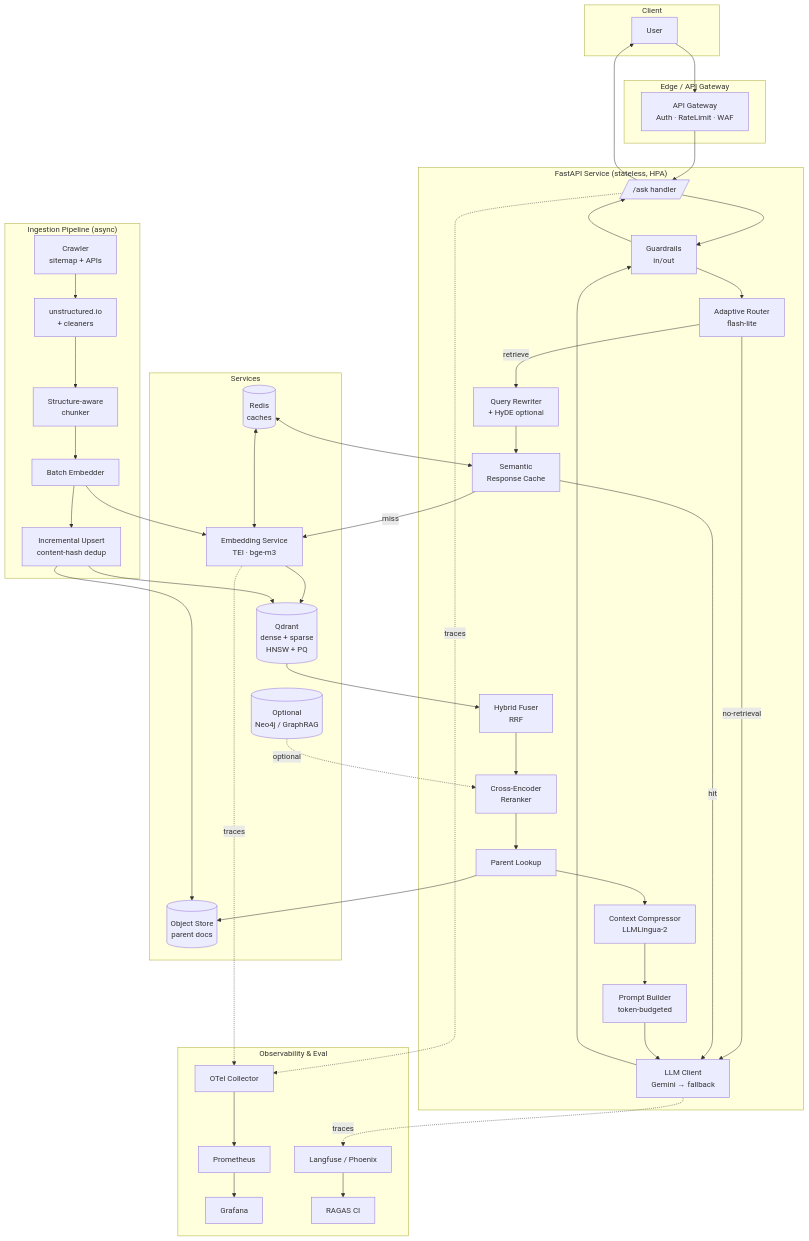
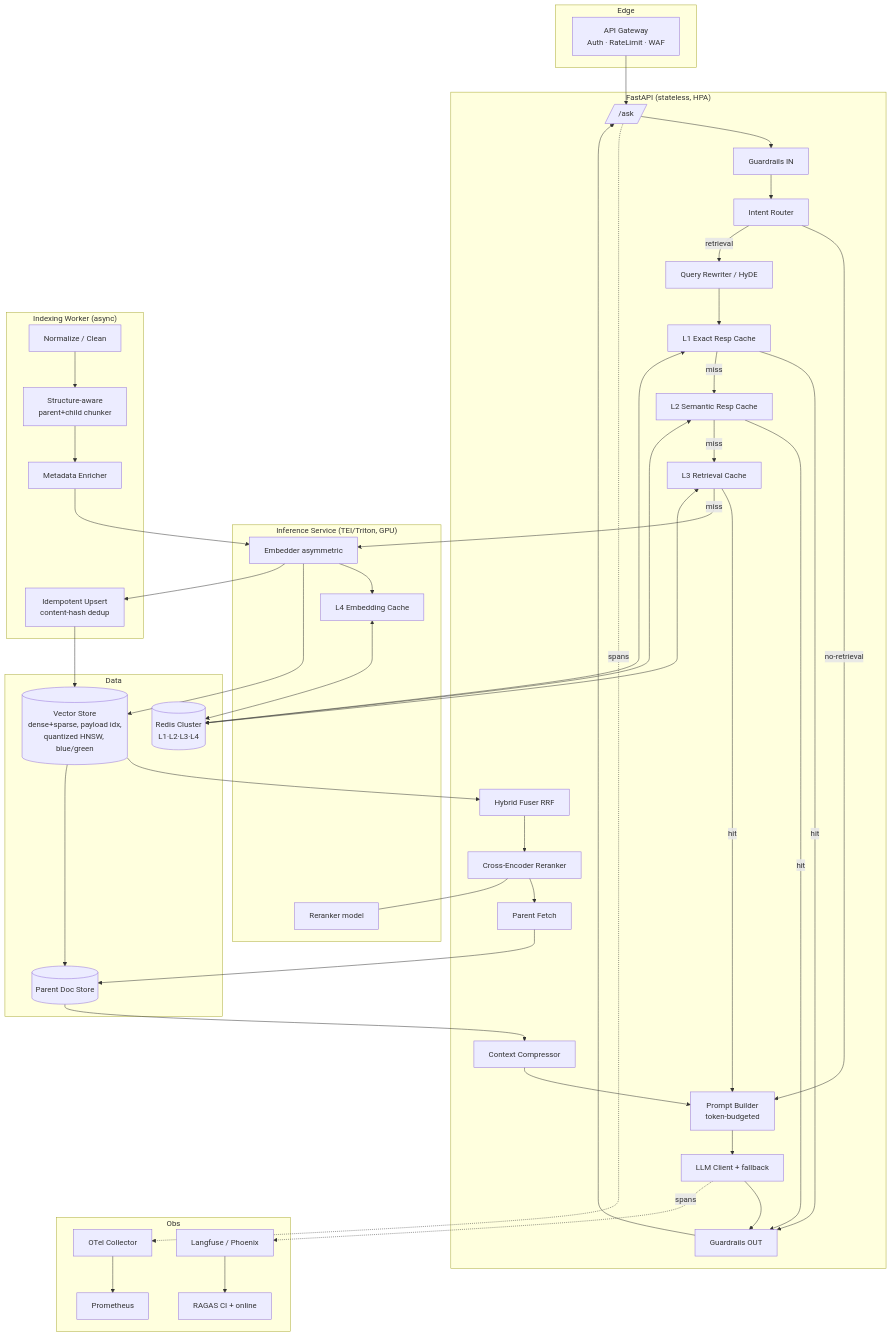
One commit to AlexTGoCreative/ChatBot changed the second of 6 diagrams in ChatBot-API/RAG_MODERNIZATION_REPORT.md. Above: the diagram before and after it, drawn with Mermaid. The commit also changed other lines of this file and 5 other files, not shown here.

First line of the commit message:
feat(rag): P0 improvements — cross-encoder reranker, OpenAI migration, relevance threshold

````diff
--- a/ChatBot-API/RAG_MODERNIZATION_REPORT.md
+++ b/ChatBot-API/RAG_MODERNIZATION_REPORT.md
@@ -496,74 +262,69 @@
 ```mermaid
 flowchart TB
-    subgraph Client
-        U[User]
+    subgraph Edge
+        GW[API Gateway<br/>Auth · RateLimit · WAF]
+    end
+    subgraph App["FastAPI (stateless, HPA)"]
+        H[/ /ask /]
+        GIN[Guardrails IN]
+        ROUTE[Intent Router]
+        QR[Query Rewriter / HyDE]
+        L1[L1 Exact Resp Cache]
+        L2[L2 Semantic Resp Cache]
+        L3[L3 Retrieval Cache]
+        FUSE[Hybrid Fuser RRF]
+        RR[Cross-Encoder Reranker]
+        PFETCH[Parent Fetch]
+        COMP[Context Compressor]
+        PB[Prompt Builder<br/>token-budgeted]
+        LLM[LLM Client + fallback]
+        GOUT[Guardrails OUT]
+    end
+    subgraph Infer["Inference Service (TEI/Triton, GPU)"]
+        EMB[Embedder asymmetric]
+        L4[L4 Embedding Cache]
+        RRK[Reranker model]
+    end
+    subgraph Data
+        VDB[(Vector Store<br/>dense+sparse, payload idx,<br/>quantized HNSW, blue/green)]
+        KV[(Parent Doc Store)]
+        REDIS[(Redis Cluster<br/>L1·L2·L3·L4)]
+    end
+    subgraph Index["Indexing Worker (async)"]
+        NORM[Normalize / Clean]
+        CHUNK[Structure-aware<br/>parent+child chunker]
+        META[Metadata Enricher]
+        UPSERT[Idempotent Upsert<br/>content-hash dedup]
+    end
+    subgraph Obs
+        OTEL[OTel Collector]
+        PROM[Prometheus]
+        LF[Langfuse / Phoenix]
+        EVAL[RAGAS CI + online]
     end
 
-    subgraph Edge["Edge / API Gateway"]
-        GW[API Gateway<br/>Auth · RateLimit · WAF]
-    end
+    GW --> H --> GIN --> ROUTE
+    ROUTE -- no-retrieval --> PB
+    ROUTE -- retrieval --> QR --> L1
+    L1 -- hit --> GOUT
+    L1 -- miss --> L2
+    L2 -- hit --> GOUT
+    L2 -- miss --> L3
+    L3 -- hit --> PB
+    L3 -- miss --> EMB
+    EMB --> L4
+    EMB --> VDB --> FUSE --> RR --> PFETCH --> KV --> COMP --> PB --> LLM --> GOUT --> H
+    RR --- RRK
 
-    subgraph App["FastAPI Service (stateless, HPA)"]
-        H[/ /ask handler /]
-        ROUTER[Adaptive Router<br/>flash-lite]
-        QR[Query Rewriter<br/>+ HyDE optional]
-        CACHE_SEM[Semantic<br/>Response Cache]
-        FUSE[Hybrid Fuser<br/>RRF]
-        RR[Cross-Encoder<br/>Reranker]
-        PARENT[Parent Lookup]
-        COMP[Context Compressor<br/>LLMLingua-2]
-        PROMPT[Prompt Builder<br/>token-budgeted]
-        LLM[LLM Client<br/>Gemini → fallback]
-        GUARD[Guardrails<br/>in/out]
-    end
+    NORM --> CHUNK --> META --> EMB
+    EMB --> UPSERT --> VDB --> KV
 
-    subgraph Services
-        EMB[Embedding Service<br/>TEI · bge-m3]
-        VDB[(Qdrant<br/>dense + sparse<br/>HNSW + PQ)]
-        DOCS[(Object Store<br/>parent docs)]
-        REDIS[(Redis<br/>caches)]
-        KG[(Optional<br/>Neo4j / GraphRAG)]
-    end
-
-    subgraph Ingestion["Ingestion Pipeline (async)"]
-        CRAWL[Crawler<br/>sitemap + APIs]
-        EXTRACT[unstructured.io<br/>+ cleaners]
-        CHUNK[Structure-aware<br/>chunker]
-        EMB_BATCH[Batch Embedder]
-        UPSERT[Incremental Upsert<br/>content-hash dedup]
-    end
-
-    subgraph Obs["Observability & Eval"]
-        OTEL[OTel Collector]
-        PROM[Prometheus]
-        GRAF[Grafana]
-        LF[Langfuse / Phoenix]
-        EVAL[RAGAS CI]
-    end
-
-    U --> GW --> H
-    H --> GUARD --> ROUTER
-    ROUTER -- "no-retrieval" --> LLM
-    ROUTER -- "retrieve" --> QR
-    QR --> CACHE_SEM
-    CACHE_SEM -- "hit" --> LLM
-    CACHE_SEM -- "miss" --> EMB
-    EMB --> VDB
-    VDB --> FUSE --> RR --> PARENT --> DOCS
-    PARENT --> COMP --> PROMPT --> LLM --> GUARD --> H
-    H --> U
-
-    CRAWL --> EXTRACT --> CHUNK --> EMB_BATCH --> EMB
-    EMB_BATCH --> UPSERT --> VDB
-    UPSERT --> DOCS
-
-    H -.traces.-> OTEL
-    EMB -.traces.-> OTEL
-    LLM -.traces.-> LF
-    OTEL --> PROM --> GRAF
+    H -.spans.-> OTEL
+    LLM -.spans.-> LF
+    OTEL --> PROM
     LF --> EVAL
-
-    REDIS <--> CACHE_SEM
-    REDIS <--> EMB
-    KG -.optional.-> RR
+    L1 <--> REDIS
+    L2 <--> REDIS
+    L3 <--> REDIS
+    L4 <--> REDIS
 ```
````
